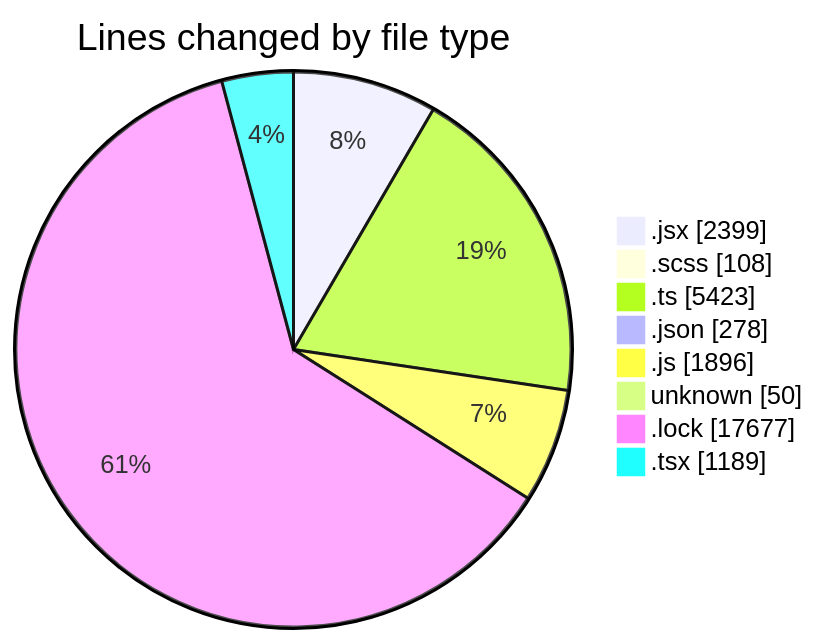
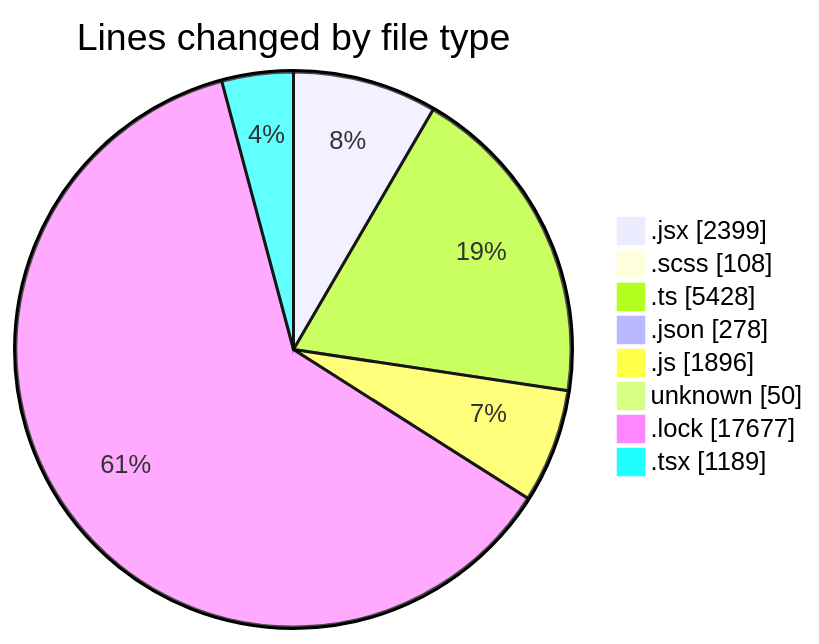
Before and after one commit to momahboobian/code-tracking: the first of 2 diagrams in 2026-09-01/cda/README.md, drawn with Mermaid. The commit also changed other lines of this file and 1 other file, not shown here.

````diff
--- a/2026-09-01/cda/README.md
+++ b/2026-09-01/cda/README.md
@@ -75,12 +75,12 @@
 ```mermaid
 pie showData
 title Lines changed by file type
 ".jsx" : 2399
 ".scss" : 108
-".ts" : 5423
+".ts" : 5428
 ".json" : 278
 ".js" : 1896
 "unknown" : 50
 ".lock" : 17677
 ".tsx" : 1189
 ```
````
